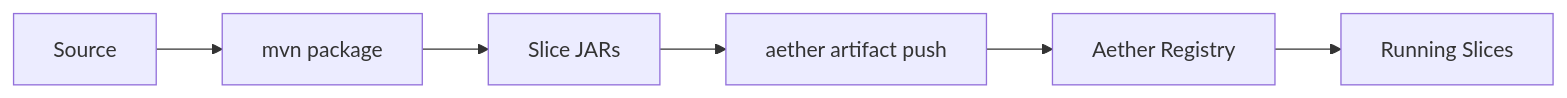
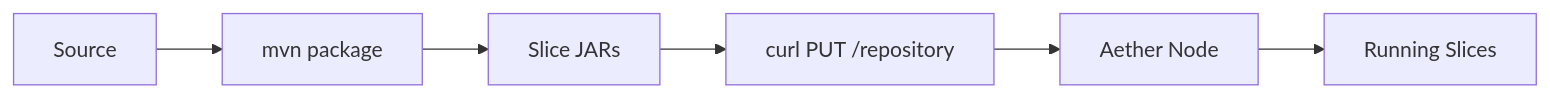
The second of 2 diagrams in aether/docs/slice-developers/deployment.md (pragmaticalabs/pragmatica), drawn with Mermaid before and after one commit. The commit also changed other lines of this file and 18 other files, not shown here.

````diff
--- a/aether/docs/slice-developers/deployment.md
+++ b/aether/docs/slice-developers/deployment.md
@@ -21,8 +21,8 @@
 ```mermaid
 flowchart LR
     A[Source] --> B[mvn package]
     B --> C[Slice JARs]
-    C --> D[aether artifact push]
-    D --> E[Aether Registry]
+    C --> D[curl PUT /repository]
+    D --> E[Aether Node]
     E --> F[Running Slices]
 ```
````
